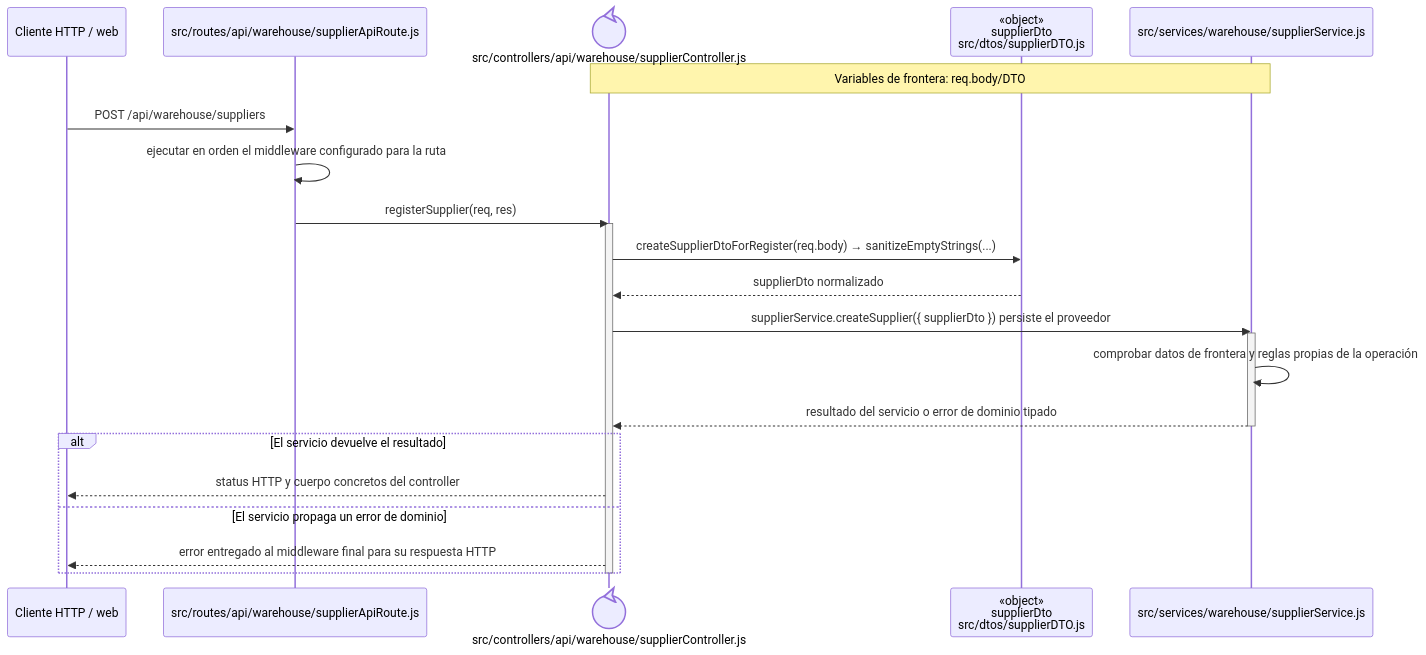
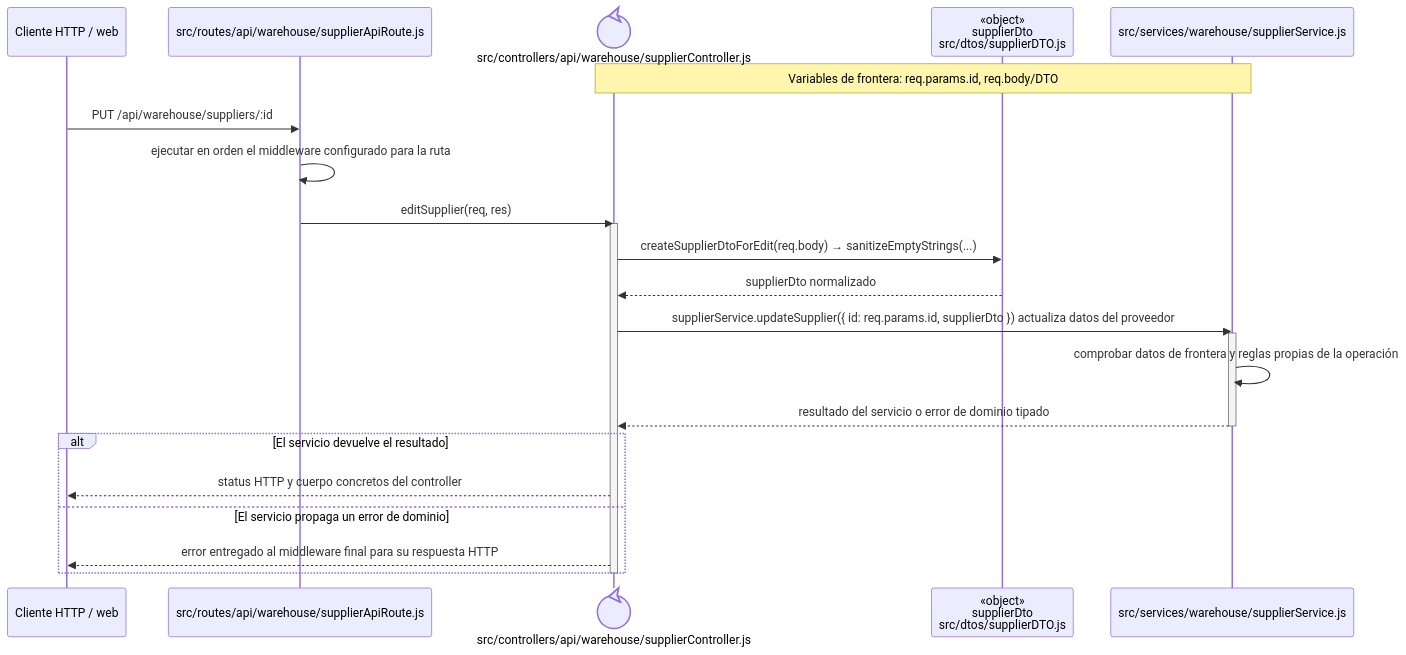
The diagram in docs/architecture/backend-code-sequences/catalogs/cu-cat-11.md (gpgsistemas01/nexus), drawn with Mermaid before and after one commit. The commit also changed other lines of this file and 207 other files, not shown here.

````diff
--- a/docs/architecture/backend-code-sequences/catalogs/cu-cat-11.md
+++ b/docs/architecture/backend-code-sequences/catalogs/cu-cat-11.md
@@ -6,27 +6,27 @@
 ```mermaid
 sequenceDiagram
     participant Client as Cliente HTTP / web
     participant Route as src/routes/api/warehouse/supplierApiRoute.js
     participant Controller@{ "type": "control" } as src/controllers/api/warehouse/supplierController.js
     participant SupplierDto as «object»<br/>supplierDto<br/>src/dtos/supplierDTO.js
     participant Domain as src/services/warehouse/supplierService.js
-    Note over Controller,Domain: Variables de frontera: req.body/DTO
+    Note over Controller,Domain: Variables de frontera: req.params.id, req.body/DTO
 
-    Client->>Route: POST /api/warehouse/suppliers
+    Client->>Route: PUT /api/warehouse/suppliers/:id
     Route->>Route: ejecutar en orden el middleware configurado para la ruta
-    Route->>Controller: registerSupplier(req, res)
+    Route->>Controller: editSupplier(req, res)
     activate Controller
-    Controller->>SupplierDto: createSupplierDtoForRegister(req.body) → sanitizeEmptyStrings(...)
+    Controller->>SupplierDto: createSupplierDtoForEdit(req.body) → sanitizeEmptyStrings(...)
     SupplierDto-->>Controller: supplierDto normalizado
-    Controller->>Domain: supplierService.createSupplier({ supplierDto }) persiste el proveedor
+    Controller->>Domain: supplierService.updateSupplier({ id: req.params.id, supplierDto }) actualiza datos del proveedor
     activate Domain
     Domain->>Domain: comprobar datos de frontera y reglas propias de la operación
     Domain-->>Controller: resultado del servicio o error de dominio tipado
     deactivate Domain
     alt El servicio devuelve el resultado
         Controller-->>Client: status HTTP y cuerpo concretos del controller
     else El servicio propaga un error de dominio
         Controller-->>Client: error entregado al middleware final para su respuesta HTTP
     end
     deactivate Controller
 ```
````
